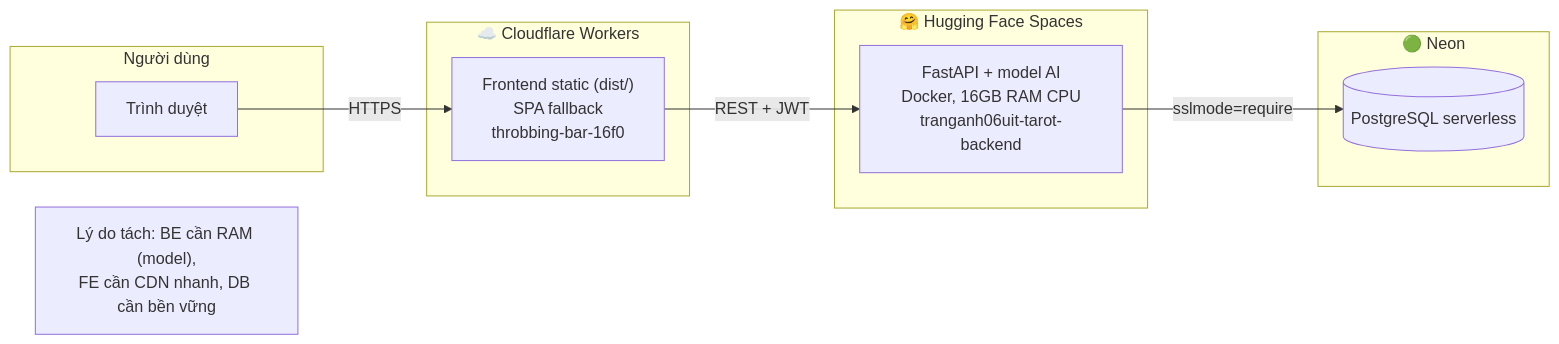
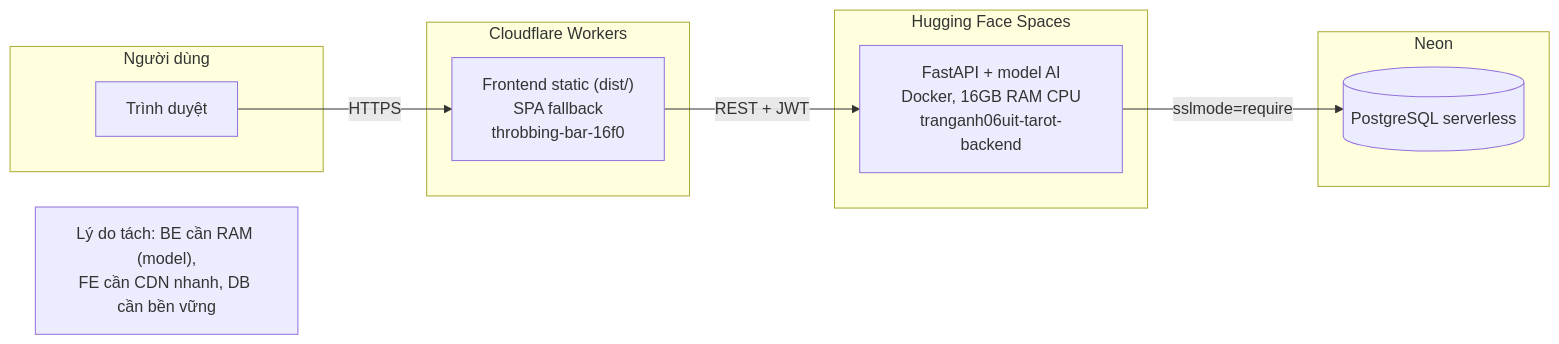
One commit to 0x-mpkane6/catarot changed the tenth of 11 diagrams in docs/SO-DO-KIEN-TRUC.md. Above: the diagram before and after it, drawn with Mermaid. The commit also changed other lines of this file and 31 other files, not shown here.

````diff
--- a/docs/SO-DO-KIEN-TRUC.md
+++ b/docs/SO-DO-KIEN-TRUC.md
@@ -294,21 +313,21 @@
 ```mermaid
 flowchart LR
     subgraph U["Người dùng"]
         B["Trình duyệt"]
     end
-    subgraph CF["☁️ Cloudflare Workers"]
+    subgraph CF["Cloudflare Workers"]
         FE["Frontend static (dist/)<br/>SPA fallback<br/>throbbing-bar-16f0"]
     end
-    subgraph HF["🤗 Hugging Face Spaces"]
+    subgraph HF["Hugging Face Spaces"]
         BE["FastAPI + model AI<br/>Docker, 16GB RAM CPU<br/>tranganh06uit-tarot-backend"]
     end
-    subgraph NE["🟢 Neon"]
+    subgraph NE["Neon"]
         DB[("PostgreSQL serverless")]
     end
 
     B -->|HTTPS| FE
     FE -->|"REST + JWT"| BE
     BE -->|"sslmode=require"| DB
 
     note["Lý do tách: BE cần RAM (model),<br/>FE cần CDN nhanh, DB cần bền vững"]
 ```
````
